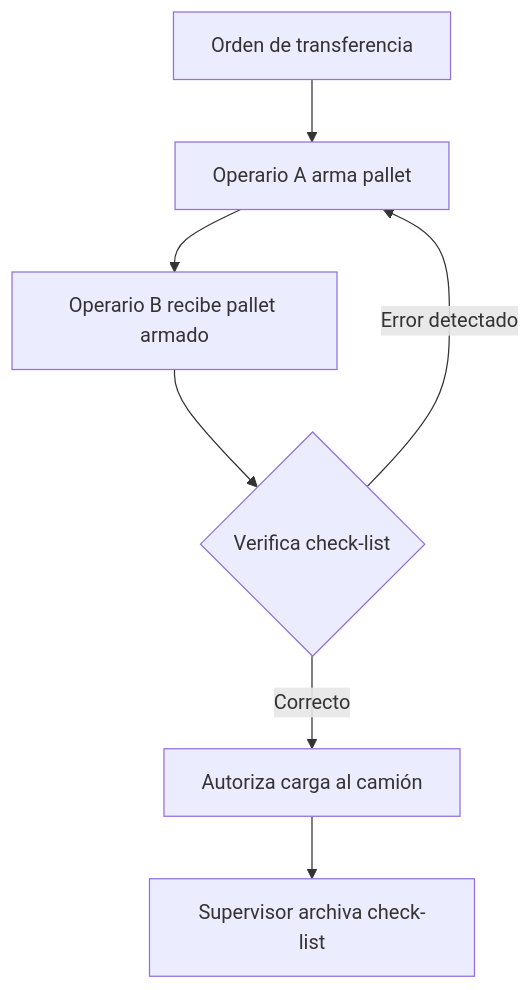
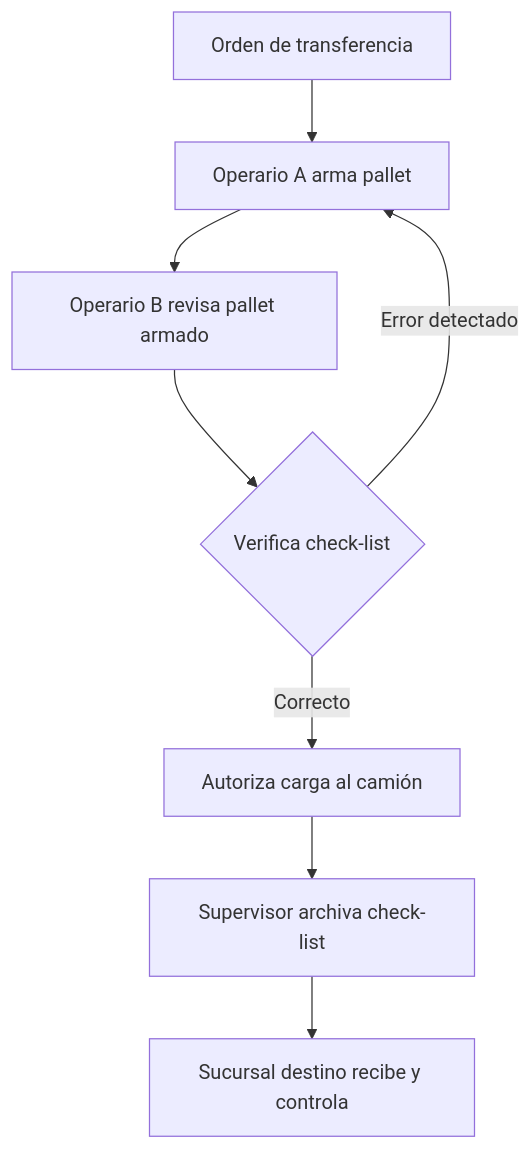
One commit to ignaciov92-2/ALEDO-Docs changed the second of 3 diagrams in docs/operaciones/transferencias.md. Above: the diagram before and after it, drawn with Mermaid. The commit also changed other lines of this file and 4 other files, not shown here.

````diff
--- a/docs/operaciones/transferencias.md
+++ b/docs/operaciones/transferencias.md
@@ -18,9 +40,10 @@
 ```mermaid
 flowchart TD
     A[Orden de transferencia] --> B[Operario A arma pallet]
-    B --> C[Operario B recibe pallet armado]
+    B --> C[Operario B revisa pallet armado]
     C --> D{Verifica check-list}
     D -->|Correcto| E[Autoriza carga al camión]
     D -->|Error detectado| B
     E --> F[Supervisor archiva check-list]
+    F --> G[Sucursal destino recibe y controla]
 ```
````
